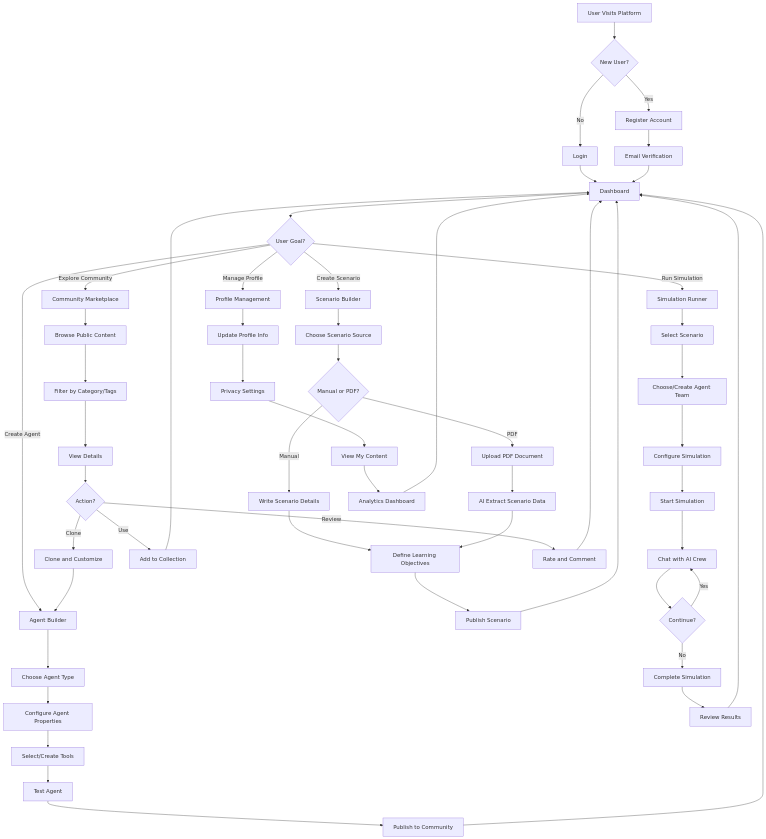
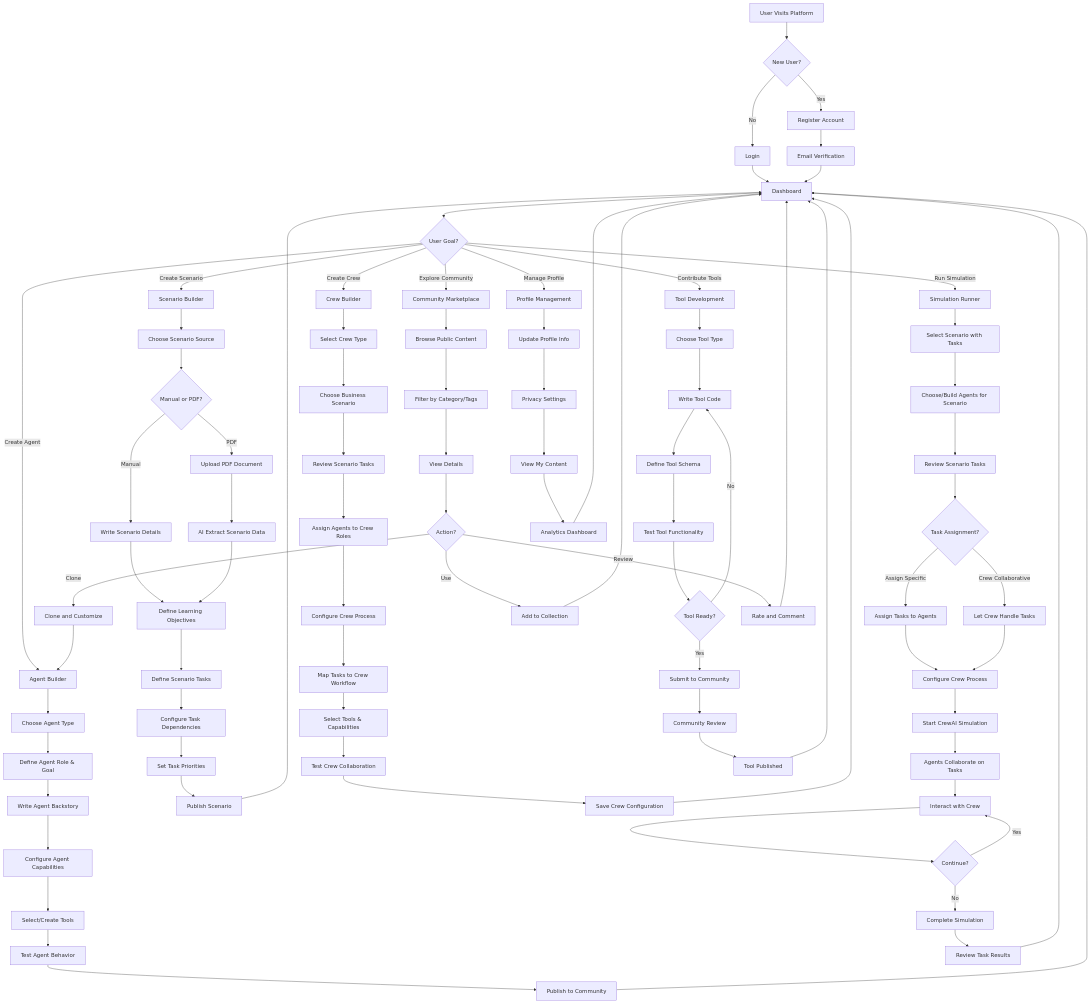
One commit to Sbcoit/forked-ai-agent-education-platform changed the first of 16 diagrams in backend/docs/architecture/user-workflow.md. Above: the diagram before and after it, drawn with Mermaid. The commit also changed other lines of this file and 21 other files, not shown here.

First line of the commit message:
Major Architecture Update: CrewAI Alignment & Database Fixes

````diff
--- a/backend/docs/architecture/user-workflow.md
+++ b/backend/docs/architecture/user-workflow.md
@@ -26,17 +41,21 @@
     F --> G{User Goal?}
     G -->|Create Agent| H[Agent Builder]
     G -->|Create Scenario| I[Scenario Builder]
-    G -->|Run Simulation| J[Simulation Runner]
-    G -->|Explore Community| K[Community Marketplace]
-    G -->|Manage Profile| L[Profile Management]
+    G -->|Create Crew| J[Crew Builder]
+    G -->|Run Simulation| K[Simulation Runner]
+    G -->|Contribute Tools| L[Tool Development]
+    G -->|Explore Community| M[Community Marketplace]
+    G -->|Manage Profile| N[Profile Management]
     
     %% Agent Building Path
     H --> H1[Choose Agent Type]
-    H1 --> H2[Configure Agent Properties]
-    H2 --> H3[Select/Create Tools]
-    H3 --> H4[Test Agent]
-    H4 --> H5[Publish to Community]
-    H5 --> F
+    H1 --> H2[Define Agent Role & Goal]
+    H2 --> H3[Write Agent Backstory]
+    H3 --> H4[Configure Agent Capabilities]
+    H4 --> H5[Select/Create Tools]
+    H5 --> H6[Test Agent Behavior]
+    H6 --> H7[Publish to Community]
+    H7 --> F
     
     %% Scenario Building Path
     I --> I1[Choose Scenario Source]
@@ -45,38 +64,71 @@
     I2 -->|PDF| I4[Upload PDF Document]
     I3 --> I5[Define Learning Objectives]
     I4 --> I6[AI Extract Scenario Data]
-    I5 --> I7[Publish Scenario]
+    I5 --> I7[Define Scenario Tasks]
     I6 --> I5
-    I7 --> F
+    I7 --> I8[Configure Task Dependencies]
+    I8 --> I9[Set Task Priorities]
+    I9 --> I10[Publish Scenario]
+    I10 --> F
     
-    %% Simulation Path
-    J --> J1[Select Scenario]
-    J1 --> J2[Choose/Create Agent Team]
-    J2 --> J3[Configure Simulation]
-    J3 --> J4[Start Simulation]
-    J4 --> J5[Chat with AI Crew]
-    J5 --> J6{Continue?}
-    J6 -->|Yes| J5
-    J6 -->|No| J7[Complete Simulation]
-    J7 --> J8[Review Results]
-    J8 --> F
+    %% Crew Building Path
+    J --> J1[Select Crew Type]
+    J1 --> J2[Choose Business Scenario]
+    J2 --> J3[Review Scenario Tasks]
+    J3 --> J4[Assign Agents to Crew Roles]
+    J4 --> J5[Configure Crew Process]
+    J5 --> J6[Map Tasks to Crew Workflow]
+    J6 --> J7[Select Tools & Capabilities]
+    J7 --> J8[Test Crew Collaboration]
+    J8 --> J9[Save Crew Configuration]
+    J9 --> F
+    
+    %% Simulation Path (CrewAI Aligned)
+    K --> K1[Select Scenario with Tasks]
+    K1 --> K2[Choose/Build Agents for Scenario]
+    K2 --> K3[Review Scenario Tasks]
+    K3 --> K4{Task Assignment?}
+    K4 -->|Assign Specific| K5[Assign Tasks to Agents]
+    K4 -->|Crew Collaborative| K6[Let Crew Handle Tasks]
+    K5 --> K7[Configure Crew Process]
+    K6 --> K7
+    K7 --> K8[Start CrewAI Simulation]
+    K8 --> K9[Agents Collaborate on Tasks]
+    K9 --> K10[Interact with Crew]
+    K10 --> K11{Continue?}
+    K11 -->|Yes| K10
+    K11 -->|No| K12[Complete Simulation]
+    K12 --> K13[Review Task Results]
+    K13 --> F
+    
+    %% Tool Development Path
+    L --> L1[Choose Tool Type]
+    L1 --> L2[Write Tool Code]
+    L2 --> L3[Define Tool Schema]
+    L3 --> L4[Test Tool Functionality]
+    L4 --> L5{Tool Ready?}
+    L5 -->|No| L2
+    L5 -->|Yes| L6[Submit to Community]
+    L6 --> L7[Community Review]
+    L7 --> L8[Tool Published]
+    L8 --> F
     
     %% Community Path
-    K --> K1[Browse Public Content]
-    K1 --> K2[Filter by Category/Tags]
-    K2 --> K3[View Details]
-    K3 --> K4{Action?}
-    K4 -->|Use| K5[Add to Collection]
-    K4 -->|Clone| K6[Clone and Customize]
-    K4 -->|Review| K7[Rate and Comment]
-    K5 --> F
-    K6 --> H
-    K7 --> F
+    M --> M1[Browse Public Content]
+    M1 --> M2[Filter by Category/Tags]
+    M2 --> M3[View Details]
+    M3 --> M4{Action?}
+    M4 -->|Use| M5[Add to Collection]
+    M4 -->|Clone| M6[Clone and Customize]
+    M4 -->|Review| M7[Rate and Comment]
+    M5 --> F
+    M6 --> H
+    M7 --> F
     
     %% Profile Management Path
-    L --> L1[Update Profile Info]
-    L1 --> L2[Privacy Settings]
-    L2 --> L3[View My Content]
-    L3 --> L4[Analytics Dashboard]
-    L4 --> F
+    N --> N1[Update Profile Info]
+    N1 --> N2[Privacy Settings]
+    N2 --> N3[View My Content]
+    N3 --> N4[Analytics Dashboard]
+    N4 --> F
 ```
````
